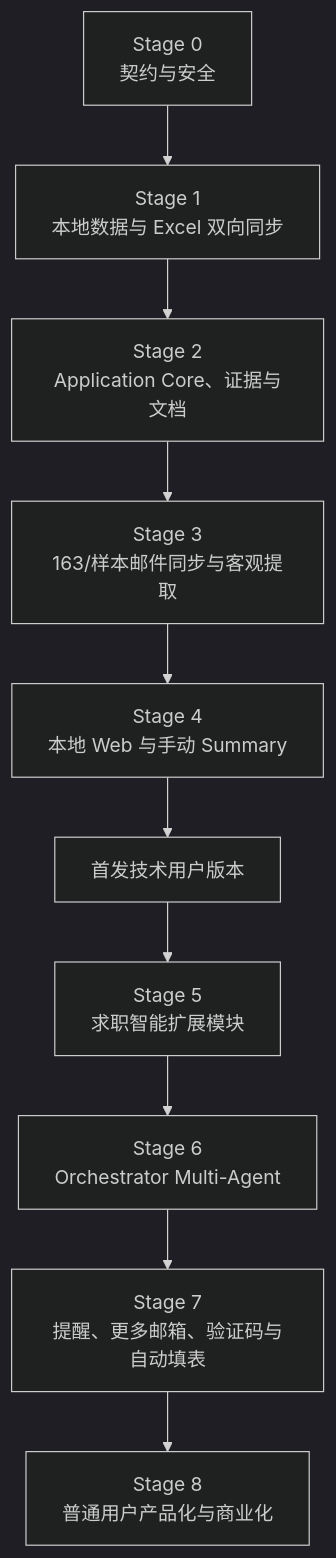
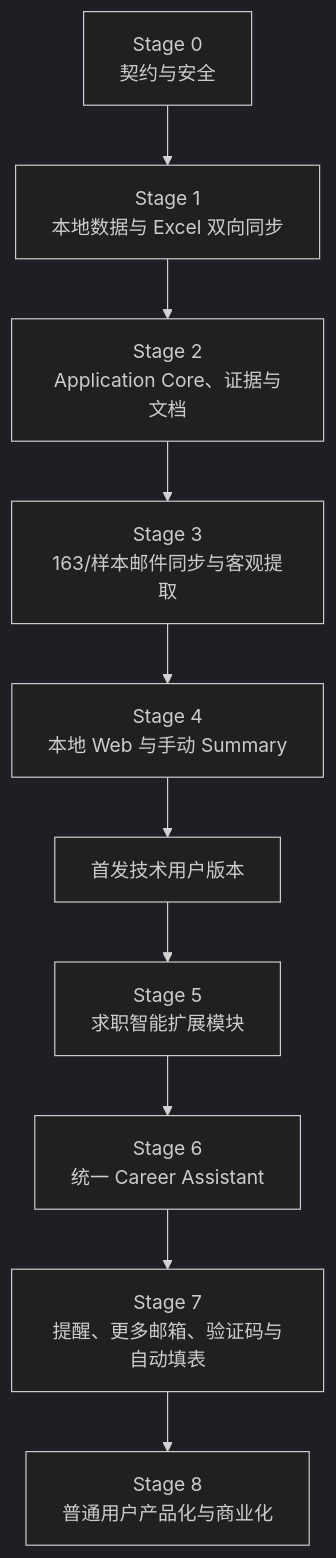
Before and after one commit to YUNJIDU/Careerpilot: the diagram in plan/map/flow-00-wbs-development-order.md, drawn with Mermaid (dark theme). The commit also changed 13 other files, not shown here.

Commit message:
Plan career intelligence and assistant stages

````diff
--- a/plan/map/flow-00-wbs-development-order.md
+++ b/plan/map/flow-00-wbs-development-order.md
@@ -3,23 +3,23 @@
 ```mermaid
 flowchart TD
     S0["Stage 0<br/>契约与安全"]
     S1["Stage 1<br/>本地数据与 Excel 双向同步"]
     S2["Stage 2<br/>Application Core、证据与文档"]
     S3["Stage 3<br/>163/样本邮件同步与客观提取"]
     S4["Stage 4<br/>本地 Web 与手动 Summary"]
     M["首发技术用户版本"]
     S5["Stage 5<br/>求职智能扩展模块"]
-    S6["Stage 6<br/>Orchestrator Multi-Agent"]
+    S6["Stage 6<br/>统一 Career Assistant"]
     S7["Stage 7<br/>提醒、更多邮箱、验证码与自动填表"]
     S8["Stage 8<br/>普通用户产品化与商业化"]
 
     S0 --> S1
     S1 --> S2
     S2 --> S3
     S3 --> S4
     S4 --> M
     M --> S5
     S5 --> S6
     S6 --> S7
     S7 --> S8
 ```
````
